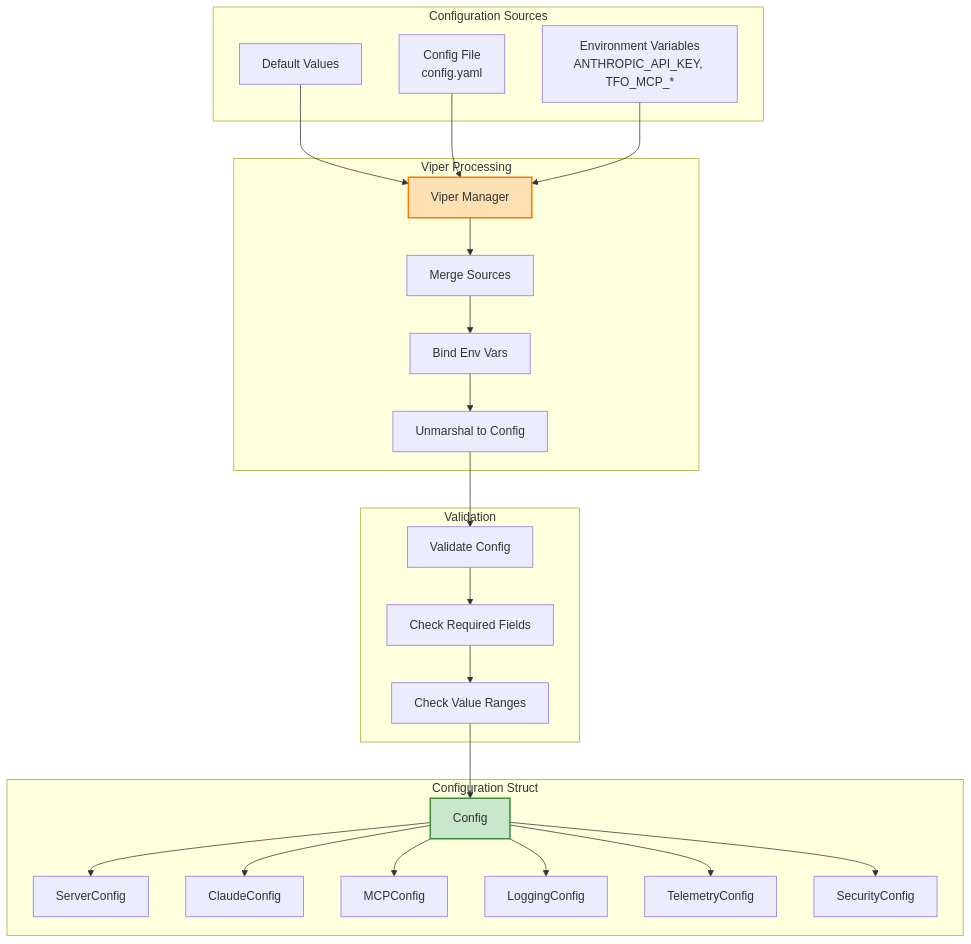
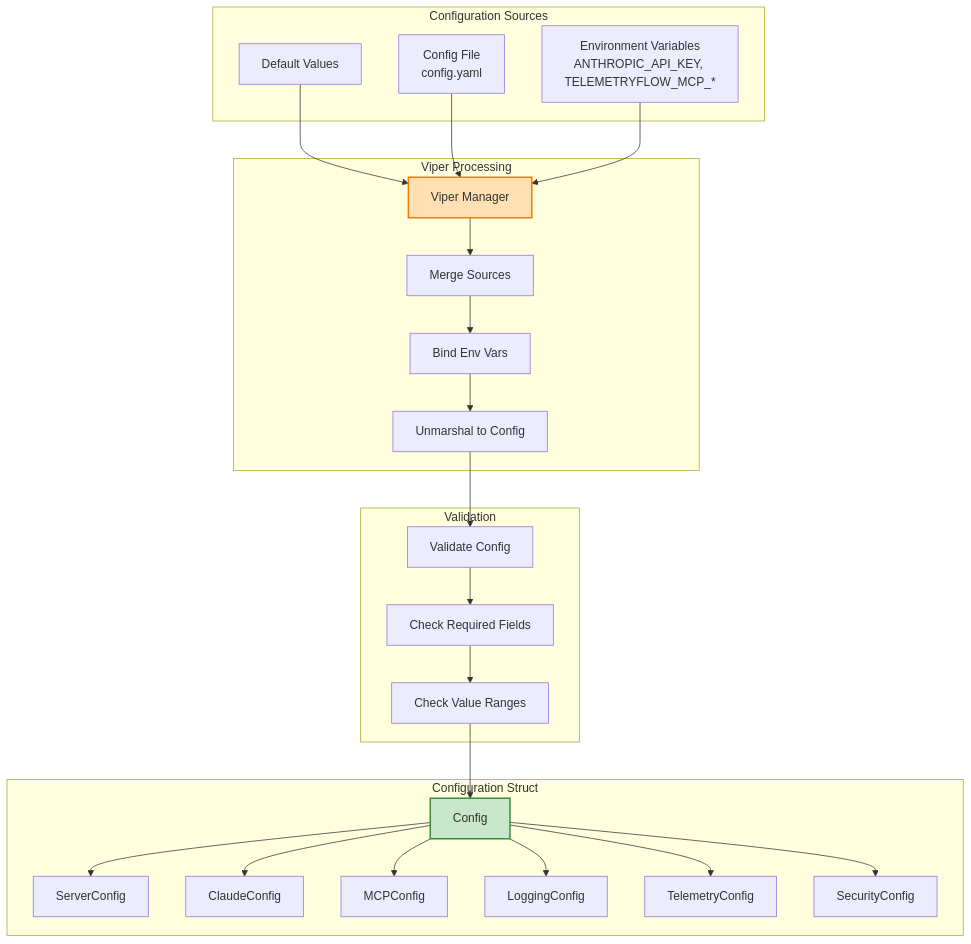
One commit to telemetryflow/telemetryflow-go-mcp changed diagram 21 of 30 in docs/ARCHITECTURE.md. Above: the diagram before and after it, drawn with Mermaid. The commit also changed other lines of this file and 65 other files, not shown here.

````diff
--- a/docs/ARCHITECTURE.md
+++ b/docs/ARCHITECTURE.md
@@ -942,54 +944,54 @@
 ```mermaid
 flowchart TD
     subgraph "Configuration Sources"
         DEFAULT[Default Values]
         FILE[Config File<br/>config.yaml]
-        ENV[Environment Variables<br/>ANTHROPIC_API_KEY, TFO_MCP_*]
+        ENV[Environment Variables<br/>ANTHROPIC_API_KEY, TELEMETRYFLOW_MCP_*]
     end
 
     subgraph "Viper Processing"
         VIPER[Viper Manager]
         MERGE[Merge Sources]
         BIND[Bind Env Vars]
         UNMARSHAL[Unmarshal to Config]
     end
 
     subgraph "Validation"
         VALIDATE[Validate Config]
         REQUIRED[Check Required Fields]
         RANGES[Check Value Ranges]
     end
 
     subgraph "Configuration Struct"
         CFG[Config]
         SRV[ServerConfig]
         CLAUDE[ClaudeConfig]
         MCP[MCPConfig]
         LOG[LoggingConfig]
         TEL[TelemetryConfig]
         SEC[SecurityConfig]
     end
 
     DEFAULT --> VIPER
     FILE --> VIPER
     ENV --> VIPER
 
     VIPER --> MERGE
     MERGE --> BIND
     BIND --> UNMARSHAL
 
     UNMARSHAL --> VALIDATE
     VALIDATE --> REQUIRED
     REQUIRED --> RANGES
 
     RANGES --> CFG
     CFG --> SRV
     CFG --> CLAUDE
     CFG --> MCP
     CFG --> LOG
     CFG --> TEL
     CFG --> SEC
 
     style VIPER fill:#FFE0B2,stroke:#F57C00,stroke-width:2px
     style CFG fill:#C8E6C9,stroke:#388E3C,stroke-width:2px
 ```
````
